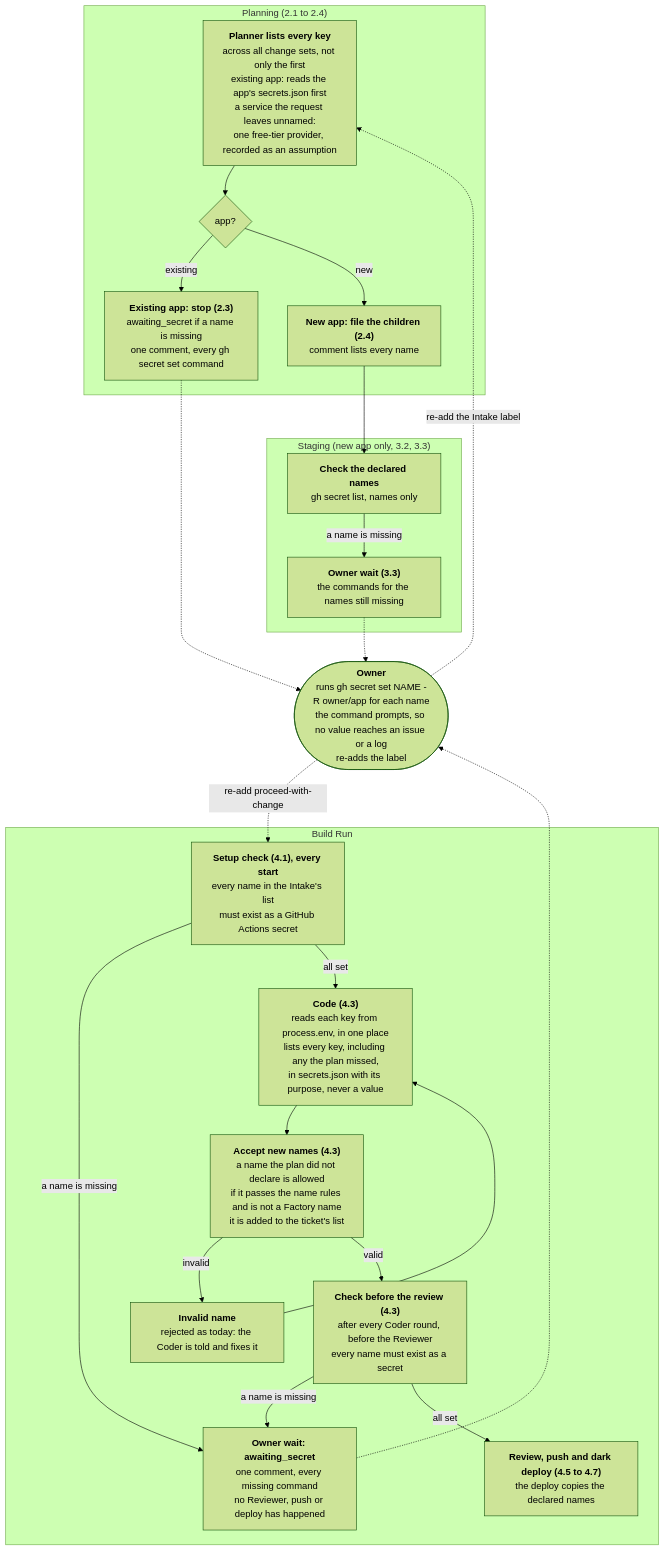
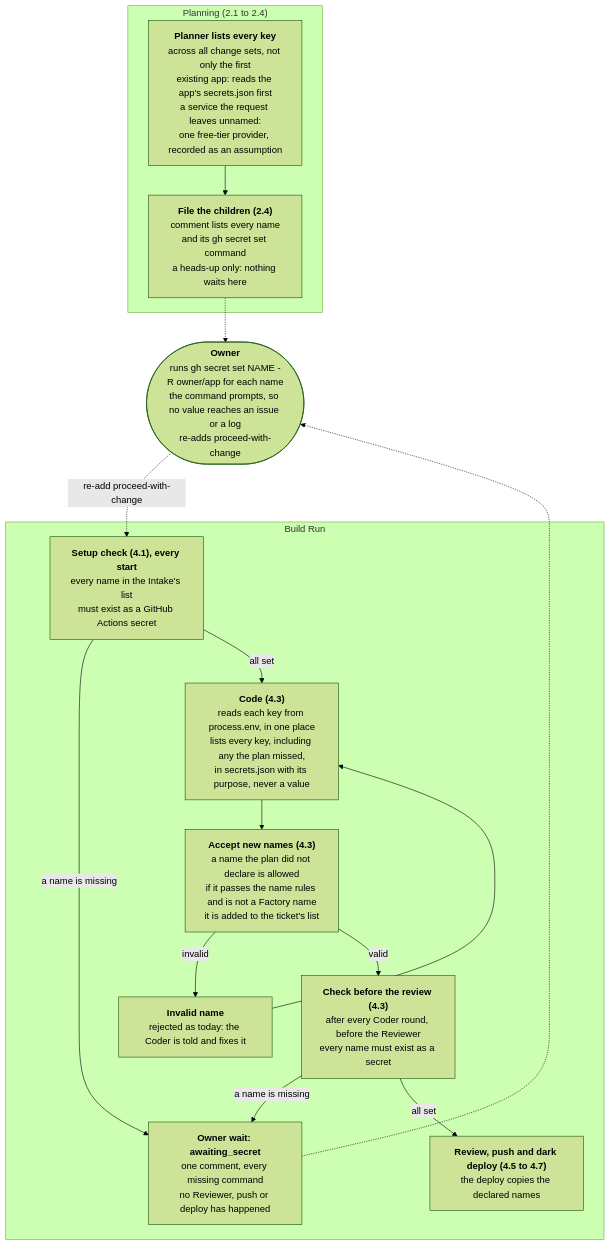
The third of 3 diagrams in docs/flow-spec.md (ojones/ai-factory), drawn with Mermaid (forest theme) before and after one commit. The commit also changed other lines of this file and 10 other files, not shown here.

First line of the commit message:
Build 3: one secret check at the start of every Build Run

````diff
--- a/docs/flow-spec.md
+++ b/docs/flow-spec.md
@@ -255,47 +252,34 @@
 ```mermaid
 flowchart TD
     subgraph plan["Planning (2.1 to 2.4)"]
         K1["<b>Planner lists every key</b><br/>across all change sets, not only the first<br/>existing app: reads the app's secrets.json first<br/>a service the request leaves unnamed:<br/>one free-tier provider, recorded as an assumption"]
-        K2{"app?"}
-        K3["<b>Existing app: stop (2.3)</b><br/>awaiting_secret if a name is missing<br/>one comment, every gh secret set command"]
-        K4["<b>New app: file the children (2.4)</b><br/>comment lists every name"]
-        K1 --> K2
-        K2 -->|"existing"| K3
-        K2 -->|"new"| K4
+        K4["<b>File the children (2.4)</b><br/>comment lists every name<br/>and its gh secret set command<br/>a heads-up only: nothing waits here"]
+        K1 --> K4
     end
 
-    subgraph stage["Staging (new app only, 3.2, 3.3)"]
-        K6["<b>Check the declared names</b><br/>gh secret list, names only"]
-        K7["<b>Owner wait (3.3)</b><br/>the commands for the names still missing"]
-        K6 -->|"a name is missing"| K7
-    end
 
-    K4 --> K6
+    owner(["<b>Owner</b><br/>runs gh secret set NAME -R owner/app for each name<br/>the command prompts, so no value reaches an issue or a log<br/>re-adds proceed-with-change"])
 
-    owner(["<b>Owner</b><br/>runs gh secret set NAME -R owner/app for each name<br/>the command prompts, so no value reaches an issue or a log<br/>re-adds the label"])
-
-    K3 -.-> owner
-    K7 -.-> owner
-    owner -.->|"re-add the Intake label"| K1
+    K4 -.-> owner
     owner -.->|"re-add proceed-with-change"| K5
 
     subgraph build["Build Run"]
         K5["<b>Setup check (4.1), every start</b><br/>every name in the Intake's list<br/>must exist as a GitHub Actions secret"]
         K8["<b>Code (4.3)</b><br/>reads each key from process.env, in one place<br/>lists every key, including any the plan missed,<br/>in secrets.json with its purpose, never a value"]
         K9["<b>Accept new names (4.3)</b><br/>a name the plan did not declare is allowed<br/>if it passes the name rules and is not a Factory name<br/>it is added to the ticket's list"]
         K10["<b>Invalid name</b><br/>rejected as today: the Coder is told and fixes it"]
         K11["<b>Check before the review (4.3)</b><br/>after every Coder round, before the Reviewer<br/>every name must exist as a secret"]
         K12["<b>Owner wait: awaiting_secret</b><br/>one comment, every missing command<br/>no Reviewer, push or deploy has happened"]
         K14["<b>Review, push and dark deploy (4.5 to 4.7)</b><br/>the deploy copies the declared names"]
         K5 -->|"a name is missing"| K12
         K5 -->|"all set"| K8
         K8 --> K9
         K9 -->|"invalid"| K10
         K10 --> K8
         K9 -->|"valid"| K11
         K11 -->|"a name is missing"| K12
         K11 -->|"all set"| K14
     end
 
     K12 -.-> owner
 ```
````
